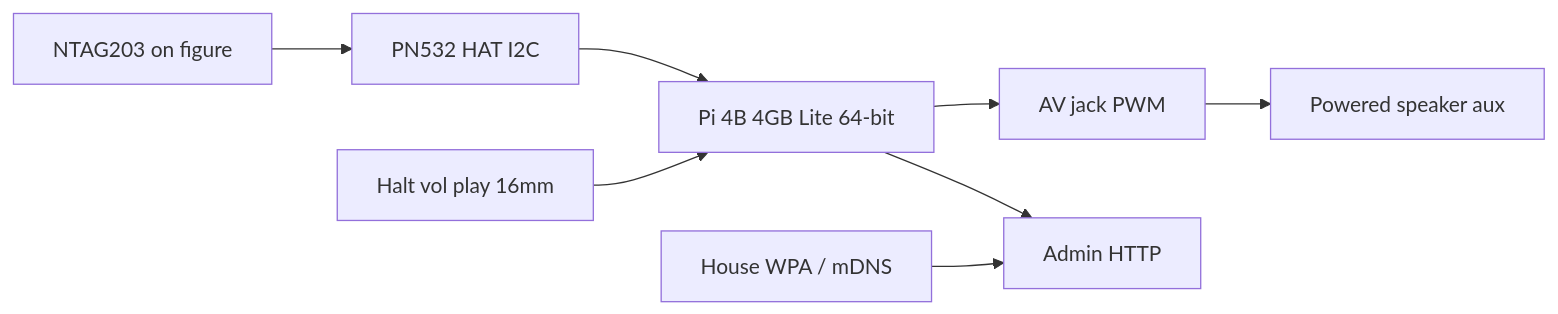
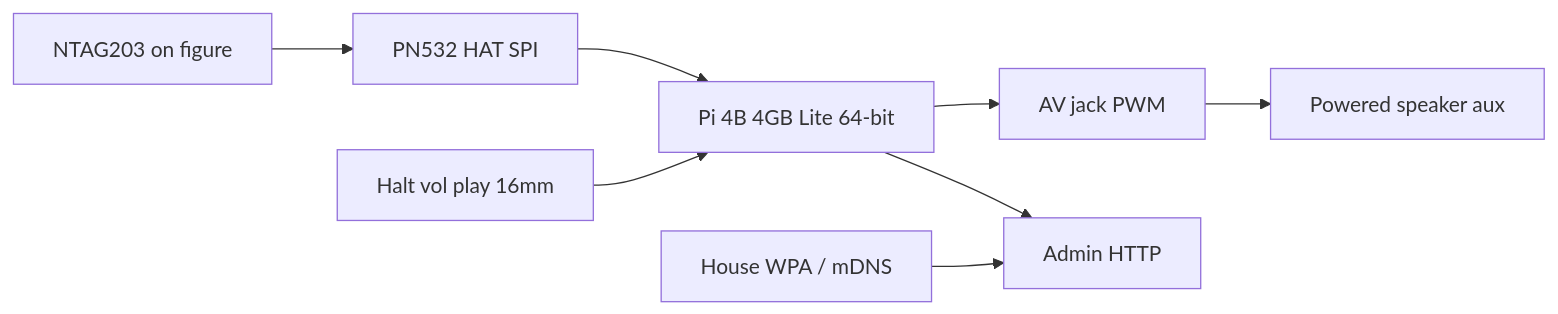
Before and after one commit to mzworthington/RoMini: the second of 4 diagrams in docs/architecture.md, drawn with Mermaid. The commit also changed other lines of this file and 15 other files, not shown here.

````diff
--- a/docs/architecture.md
+++ b/docs/architecture.md
@@ -27,10 +27,10 @@
 ```mermaid
 flowchart LR
-  figure["NTAG203 on figure"] --> nfc["PN532 HAT I2C"]
+  figure["NTAG203 on figure"] --> nfc["PN532 HAT SPI"]
   btns["Halt vol play 16mm"] --> pi["Pi 4B 4GB Lite 64-bit"]
   nfc --> pi
   pi --> jack["AV jack PWM"]
   jack --> spk["Powered speaker aux"]
   lan["House WPA / mDNS"] --> admin["Admin HTTP"]
   pi --> admin
 ```
````
